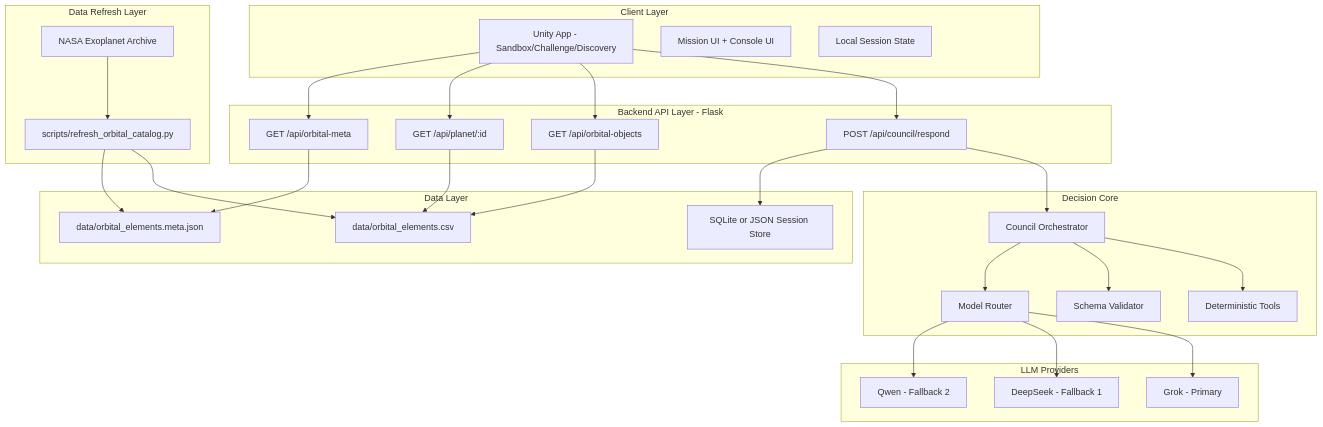
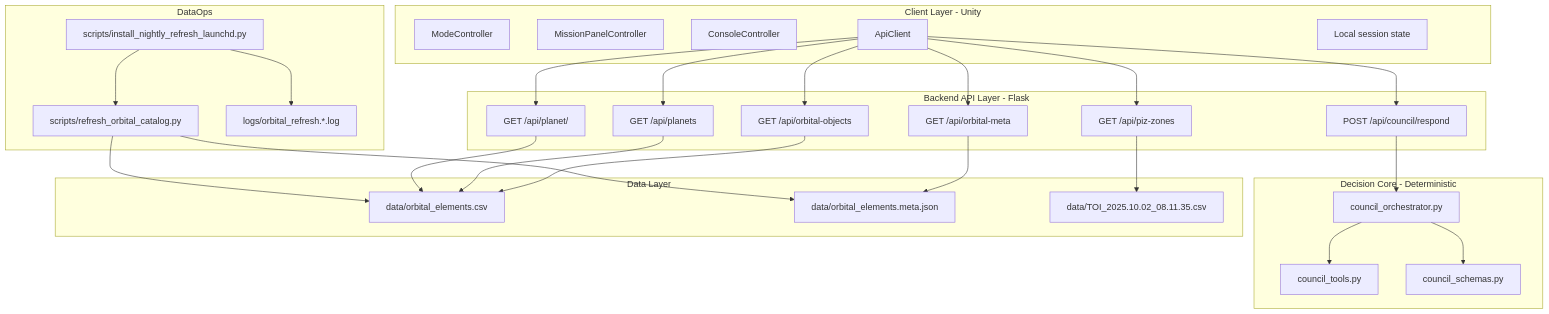
Before and after one commit to Procoderdata/hackathonvodich: the diagram in triet.md/filemoi.md, drawn with Mermaid. The commit also changed other lines of this file and 3 other files, not shown here.

````diff
--- a/triet.md/filemoi.md
+++ b/triet.md/filemoi.md
@@ -9,62 +9,59 @@
 ```mermaid
 flowchart TB
-    subgraph CLIENT[Client Layer]
-      U1[Unity App - Sandbox/Challenge/Discovery]
-      U2[Mission UI + Console UI]
-      U3[Local Session State]
+    subgraph CLIENT[Client Layer - Unity]
+      U1[ModeController]
+      U2[MissionPanelController]
+      U3[ConsoleController]
+      U4[ApiClient]
+      U5[Local session state]
     end
 
     subgraph API[Backend API Layer - Flask]
       A1[POST /api/council/respond]
       A2[GET /api/orbital-objects]
-      A3[GET /api/planet/:id]
-      A4[GET /api/orbital-meta]
+      A3[GET /api/orbital-meta]
+      A4[GET /api/planets]
+      A5[GET /api/planet/<planet_id>]
+      A6[GET /api/piz-zones]
     end
 
-    subgraph CORE[Decision Core]
-      C1[Council Orchestrator]
-      C2[Deterministic Tools]
-      C3[Schema Validator]
-      C4[Model Router]
-    end
-
-    subgraph MODEL[LLM Providers]
-      M1[Grok - Primary]
-      M2[DeepSeek - Fallback 1]
-      M3[Qwen - Fallback 2]
+    subgraph CORE[Decision Core - Deterministic]
+      C1[council_orchestrator.py]
+      C2[council_tools.py]
+      C3[council_schemas.py]
     end
 
     subgraph DATA[Data Layer]
       D1[data/orbital_elements.csv]
       D2[data/orbital_elements.meta.json]
-      D3[SQLite or JSON Session Store]
+      D3[data/TOI_2025.10.02_08.11.35.csv]
     end
 
-    subgraph ETL[Data Refresh Layer]
+    subgraph OPS[DataOps]
       E1[scripts/refresh_orbital_catalog.py]
-      E2[NASA Exoplanet Archive]
+      E2[scripts/install_nightly_refresh_launchd.py]
+      E3[logs/orbital_refresh.*.log]
     end
 
-    U1 --> A1
-    U1 --> A2
-    U1 --> A3
-    U1 --> A4
+    U4 --> A1
+    U4 --> A2
+    U4 --> A3
+    U4 --> A4
+    U4 --> A5
+    U4 --> A6
 
     A1 --> C1
     C1 --> C2
     C1 --> C3
-    C1 --> C4
-
-    C4 --> M1
-    C4 --> M2
-    C4 --> M3
 
     A2 --> D1
-    A3 --> D1
-    A4 --> D2
-    A1 --> D3
+    A3 --> D2
+    A4 --> D1
+    A5 --> D1
+    A6 --> D3
 
-    E2 --> E1
     E1 --> D1
     E1 --> D2
+    E2 --> E1
+    E2 --> E3
 ```
````
